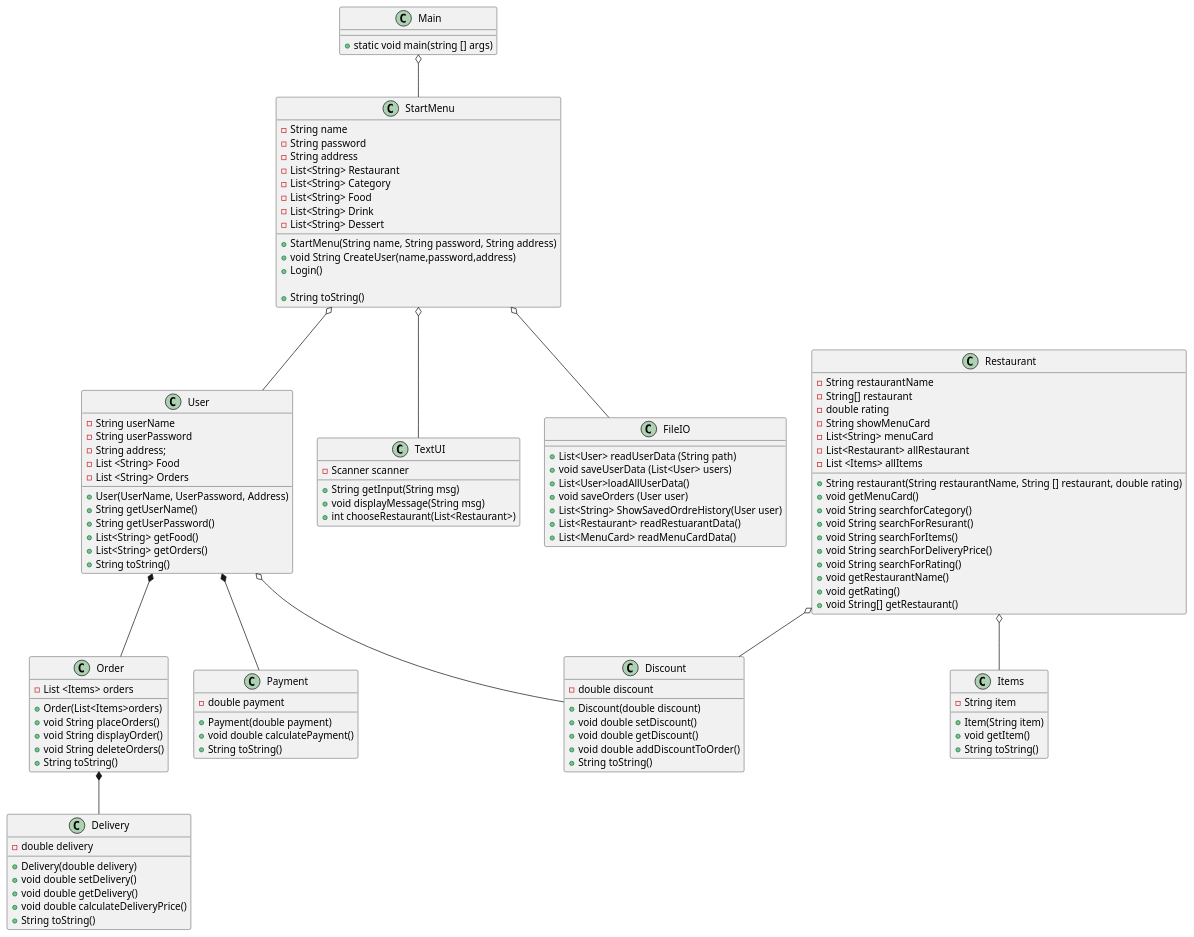
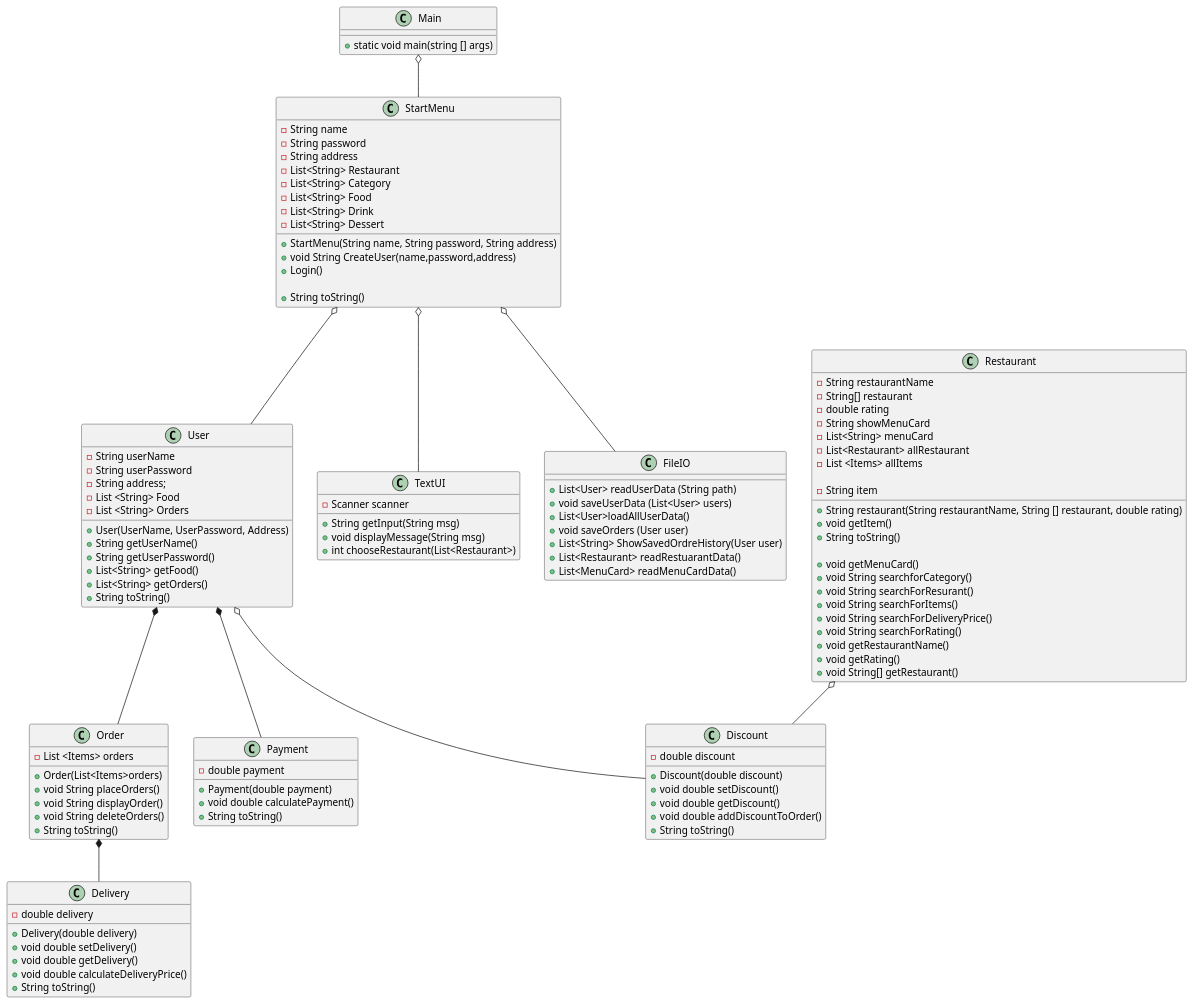
Before and after one commit to Madihakhan1/ICE-2024: the diagram in Doc/ClassDiagram1.1.puml, drawn with PlantUML.

Commit message:
ClassDiagram1.1.puml & Userklasseupdateret

```diff
--- a/Doc/ClassDiagram1.1.puml
+++ b/Doc/ClassDiagram1.1.puml
@@ -1,148 +1,144 @@
 @startuml
 'https://plantuml.com/object-diagram
 
 class Main{
 + static void main(string [] args)
 }
 
 class StartMenu{
 - String name
 - String password
 - String address
 - List<String> Restaurant
 - List<String> Category
 - List<String> Food
 - List<String> Drink
 - List<String> Dessert
 
 + StartMenu(String name, String password, String address)
 + void String CreateUser(name,password,address)
 + Login()
 
 + String toString()
 }
 
 class User{
 - String userName
 - String userPassword
 - String address;
 - List <String> Food
 - List <String> Orders
 
 + User(UserName, UserPassword, Address)
 + String getUserName()
 + String getUserPassword()
 + List<String> getFood()
 + List<String> getOrders()
 + String toString()
 
 }
 
 
 class Order{
 - List <Items> orders
 
 + Order(List<Items>orders)
 + void String placeOrders()
 + void String displayOrder()
 + void String deleteOrders()
 + String toString()
 }
 
 class Delivery {
 - double delivery
 
 + Delivery(double delivery)
 + void double setDelivery()
 + void double getDelivery()
 + void double calculateDeliveryPrice()
 + String toString()
 }
 
 class Discount{
 - double discount
 
 + Discount(double discount)
 + void double setDiscount()
 + void double getDiscount()
 + void double addDiscountToOrder()
 + String toString()
 }
 
 class Payment{
 - double payment
 
 + Payment(double payment)
 + void double calculatePayment()
 + String toString()
 }
 
 
  class Restaurant{
 - String restaurantName
 - String[] restaurant
 - double rating
 - String showMenuCard
 - List<String> menuCard
 -List<Restaurant> allRestaurant
 -List <Items> allItems
 
+- String item
+
 + String restaurant(String restaurantName, String [] restaurant, double rating)
-
++ void getItem()
++ String toString()
 
 + void getMenuCard()
 + void String searchforCategory()
 + void String searchForResurant()
 + void String searchForItems()
 + void String searchForDeliveryPrice()
 + void String searchForRating()
 + void getRestaurantName()
 + void getRating()
 + void String[] getRestaurant()
 }
 
-class Items{
-- String item
 
-+ Item(String item)
-+ void getItem()
-+ String toString()
-}
 
 class TextUI{
 - Scanner scanner
 + String getInput(String msg)
 + void displayMessage(String msg)
 + int chooseRestaurant(List<Restaurant>)
 }
 
 class FileIO{
 + List<User> readUserData (String path)
 + void saveUserData (List<User> users)
 + List<User>loadAllUserData()
 + void saveOrders (User user)
 + List<String> ShowSavedOrdreHistory(User user)
 + List<Restaurant> readRestuarantData()
 + List<MenuCard> readMenuCardData()
 }
 
 
 Main o-- StartMenu
 
 StartMenu o-- TextUI
 StartMenu o-- FileIO
 StartMenu o-- User
 
 User *-- Payment
 User *-- Order
 User o-- Discount
 
 Order *-- Delivery
 
 
-Restaurant o-- Items
 Restaurant o-- Discount
 
 
 
 @enduml
```
